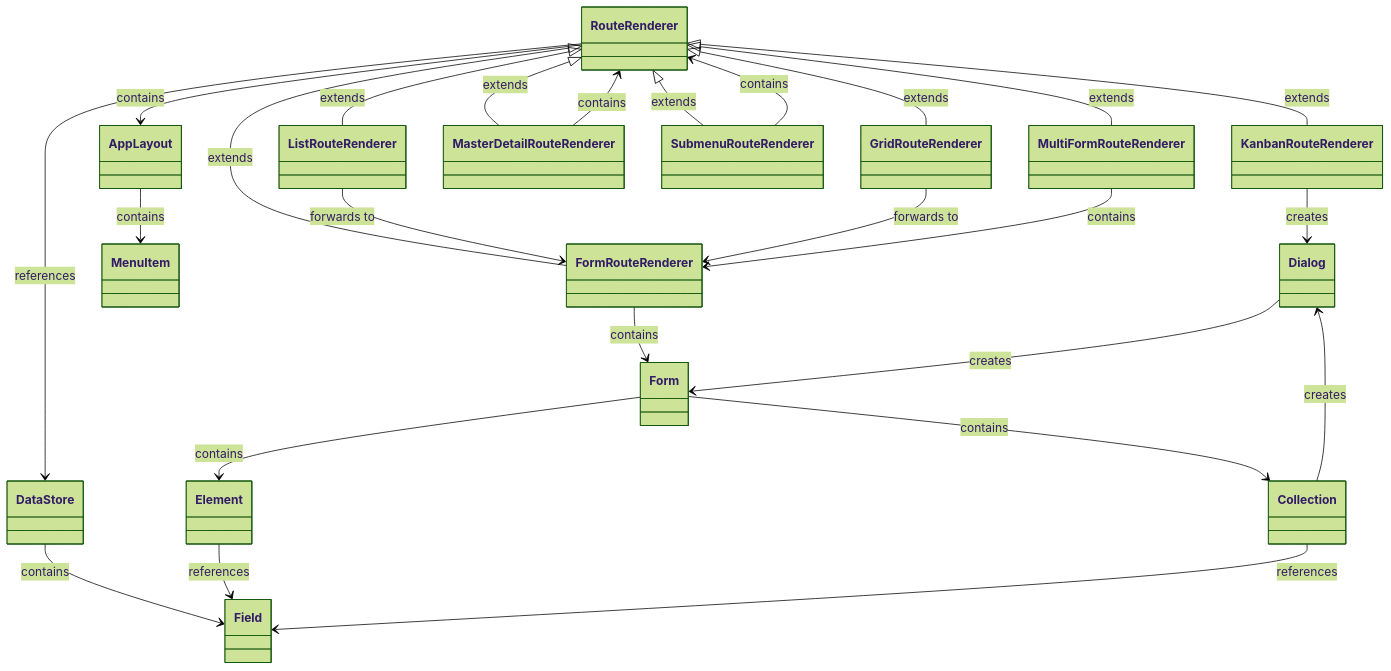
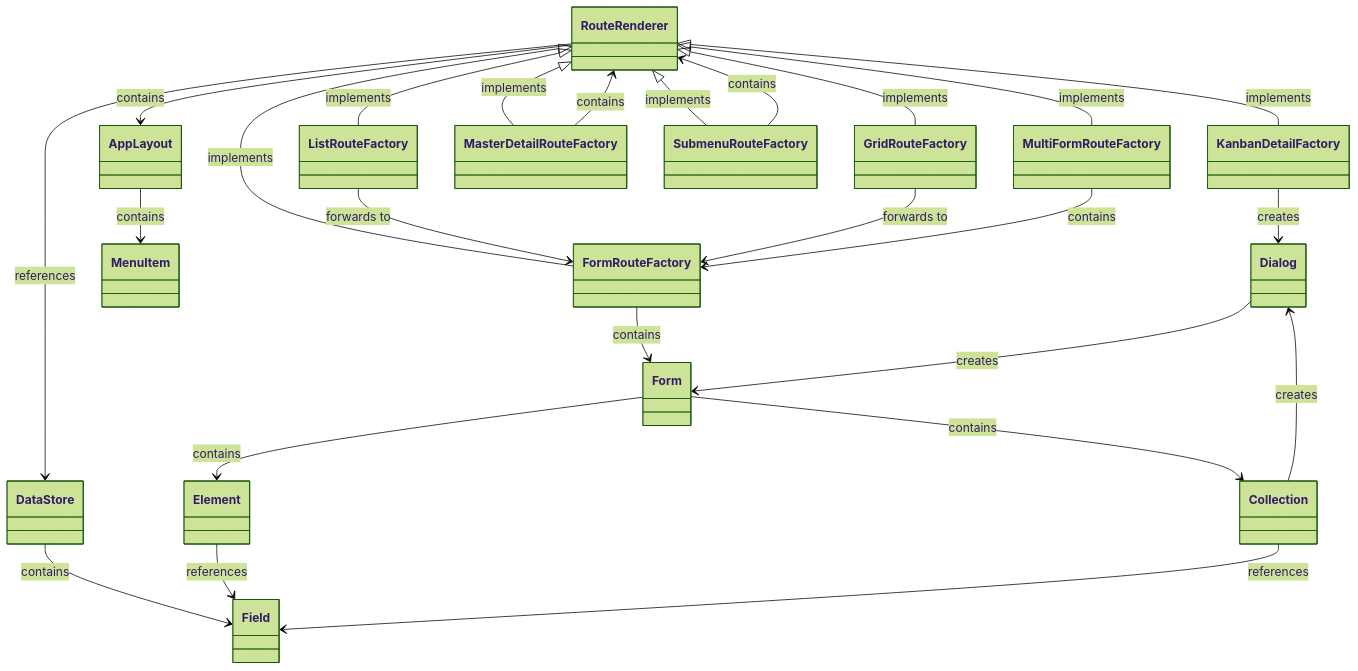
Before and after one commit to appreciated/vortex-crud: the second of 3 diagrams in README.md, drawn with Mermaid (forest theme). The commit also changed other lines of this file, not shown here.

````diff
--- a/README.md
+++ b/README.md
@@ -475,44 +478,43 @@
 ```mermaid
 classDiagram
     class Dialog
     class DataStore
     class Field
-    class RouteRenderer 
-    class KanbanRouteRenderer
-    class AppLayout 
+    class RouteRenderer
+    class KanbanDetailFactory
+    class AppLayout
     class MenuItem
-    class FormRouteRenderer
-    class GridRouteRenderer
-    class ListRouteRenderer
-    class MasterDetailRouteRenderer
-    class SubmenuRouteRenderer
-    class MultiFormRouteRenderer
-    class FormRouteRenderer
+    class FormRouteFactory
+    class GridRouteFactory
+    class ListRouteFactory
+    class MasterDetailRouteFactory
+    class SubmenuRouteFactory
+    class MultiFormRouteFactory
     class Element
     class Collection
-    
-    RouteRenderer <|-- GridRouteRenderer: extends
-    RouteRenderer <|-- KanbanRouteRenderer: extends
-    RouteRenderer <|-- ListRouteRenderer: extends
-    RouteRenderer <|-- MasterDetailRouteRenderer: extends
-    RouteRenderer <|-- SubmenuRouteRenderer: extends
-    RouteRenderer <|-- MultiFormRouteRenderer: extends
-    RouteRenderer <|-- FormRouteRenderer: extends
+
+    RouteRenderer <|-- GridRouteFactory: implements
+    RouteRenderer <|-- KanbanDetailFactory: implements
+    RouteRenderer <|-- ListRouteFactory: implements
+    RouteRenderer <|-- MasterDetailRouteFactory: implements
+    RouteRenderer <|-- SubmenuRouteFactory: implements
+    RouteRenderer <|-- MultiFormRouteFactory: implements
+    RouteRenderer <|-- FormRouteFactory: implements
     RouteRenderer --> AppLayout: contains
-    SubmenuRouteRenderer --> RouteRenderer: contains
-    MasterDetailRouteRenderer --> RouteRenderer: contains
+    SubmenuRouteFactory --> RouteRenderer: contains
+    MasterDetailRouteFactory --> RouteRenderer: contains
     AppLayout --> MenuItem: contains
-    ListRouteRenderer --> FormRouteRenderer: forwards to
-    GridRouteRenderer --> FormRouteRenderer: forwards to
-    FormRouteRenderer --> Form: contains
-    MultiFormRouteRenderer --> FormRouteRenderer: contains
+    ListRouteFactory --> FormRouteFactory: forwards to
+    GridRouteFactory --> FormRouteFactory: forwards to
+    FormRouteFactory --> Form: contains
+    MultiFormRouteFactory --> FormRouteFactory: contains
     Form --> Element: contains
     Form --> Collection: contains
     RouteRenderer --> DataStore: references
     DataStore --> Field: contains
     Element --> Field: references
     Collection --> Field: references
     Collection --> Dialog: creates
-    KanbanRouteRenderer --> Dialog: creates
+    KanbanDetailFactory --> Dialog: creates
     Dialog --> Form: creates
 ```
````
